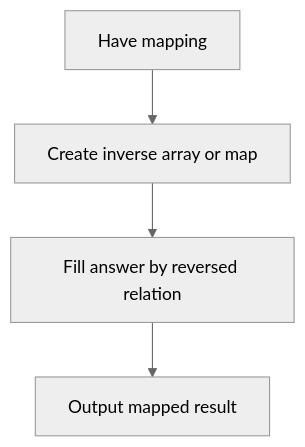
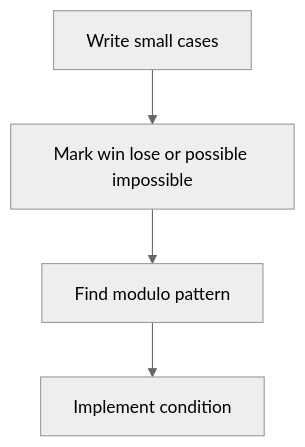
One commit to mthaiseer/springcloud-systemdesign-notes changed diagram 17 of 23 in CP_DSA_NOTES/001_TOPIC_WISE/013_ADHOC_PROBLEMS.md. Above: the diagram before and after it, drawn with Mermaid (neutral theme). The commit also changed other lines of this file and 1 other file, not shown here.

````diff
--- a/CP_DSA_NOTES/001_TOPIC_WISE/013_ADHOC_PROBLEMS.md
+++ b/CP_DSA_NOTES/001_TOPIC_WISE/013_ADHOC_PROBLEMS.md
@@ -1418,6 +1384,6 @@
 ```mermaid
 flowchart TD
-    A["Have mapping"] --> B["Create inverse array or map"]
-    B --> C["Fill answer by reversed relation"]
-    C --> D["Output mapped result"]
+    A["Write small cases"] --> B["Mark win lose or possible impossible"]
+    B --> C["Find modulo pattern"]
+    C --> D["Implement condition"]
 ```
````
